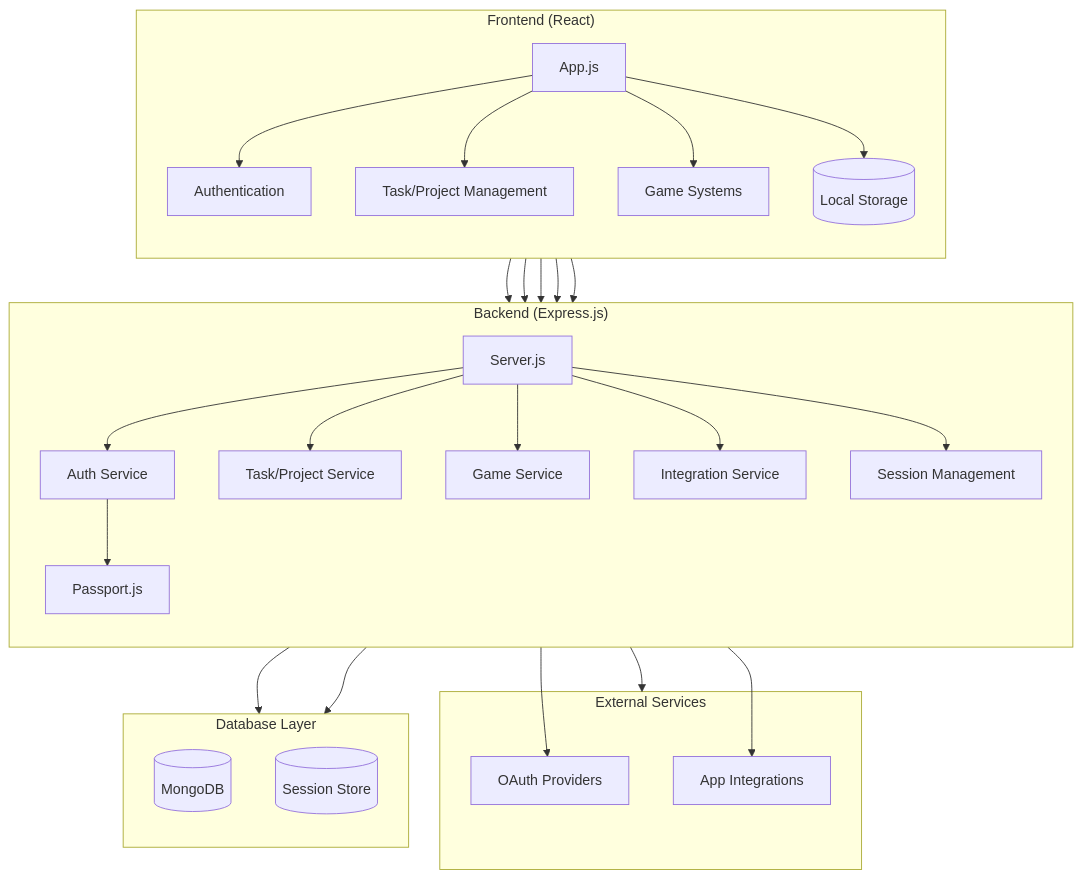
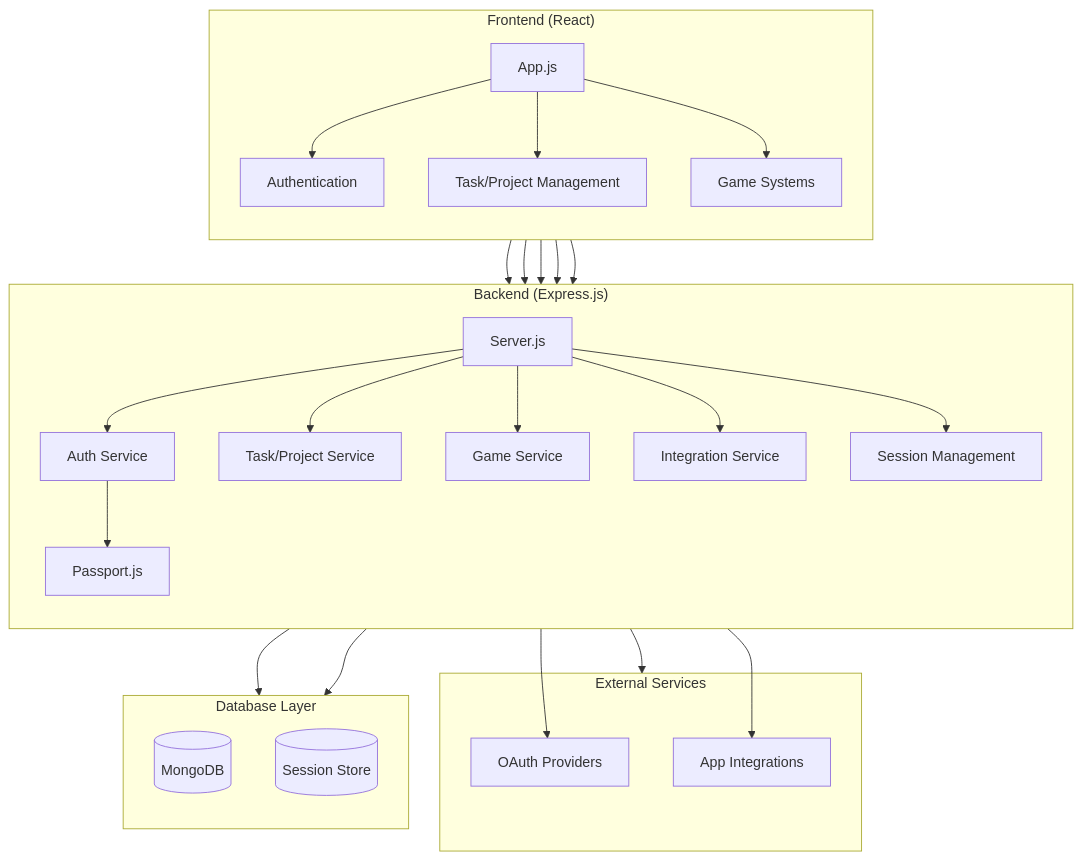
Before and after one commit to hussaino03/QuestLog: the diagram in README.md, drawn with Mermaid. The commit also changed other lines of this file, not shown here.

````diff
--- a/README.md
+++ b/README.md
@@ -84,63 +82,62 @@
 ```mermaid
 graph TB
     %% External Services Layer
     subgraph External["External Services"]
         OAuth[OAuth Providers]
         AppIntegrations[App Integrations]
     end
 
     %% Frontend Layer
     subgraph Frontend["Frontend (React)"]
         direction TB
         App[App.js]
         Auth[Authentication]
         ModalManager[Task/Project Management]
         GameSystem[Game Systems]
-        ClientStore[(Local Storage)]
     end
 
     %% Backend Layer
     subgraph Backend["Backend (Express.js)"]
         direction TB
         Server[Server.js]
         AuthService[Auth Service]
         ItemService[Task/Project Service]
         GameService[Game Service]
         IntegrationService[Integration Service]
         Passport[Passport.js]
         Session[Session Management]
     end
 
     %% Database Layer
     subgraph Database["Database Layer"]
         direction TB
         MongoDB[(MongoDB)]
         SessionStore[(Session Store)]
     end
 
     %% Core Connections
     Frontend --> Backend
     Backend --> External
     Backend --> Database
 
     %% Detailed Connections
     Auth --> AuthService
     ModalManager --> ItemService
     ModalManager --> IntegrationService
     GameSystem --> GameService
     AuthService --> OAuth
     IntegrationService --> AppIntegrations
     Session --> SessionStore
     
     %% Frontend Flow
-    App --> Auth & ModalManager & GameSystem & ClientStore
+    App --> Auth & ModalManager & GameSystem
     
     %% Backend Flow
     Server --> AuthService & ItemService & GameService & IntegrationService & Session
     AuthService --> Passport
 
 classDef frontend fill:#42b883,stroke:#333,stroke-width:2px
 classDef backend fill:#68a063,stroke:#333,stroke-width:2px
 classDef external fill:#f5a623,stroke:#333,stroke-width:2px
 classDef database fill:#4479a1,stroke:#333,stroke-width:2px
   ```
````
